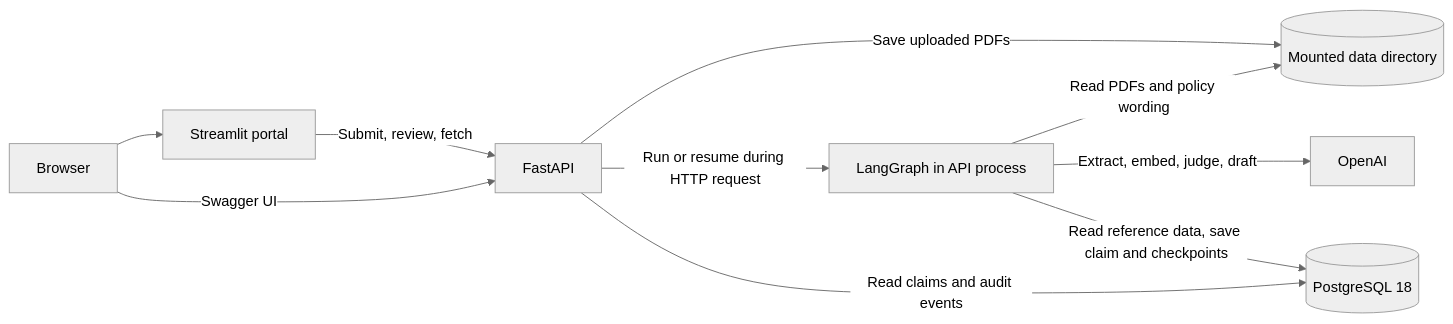
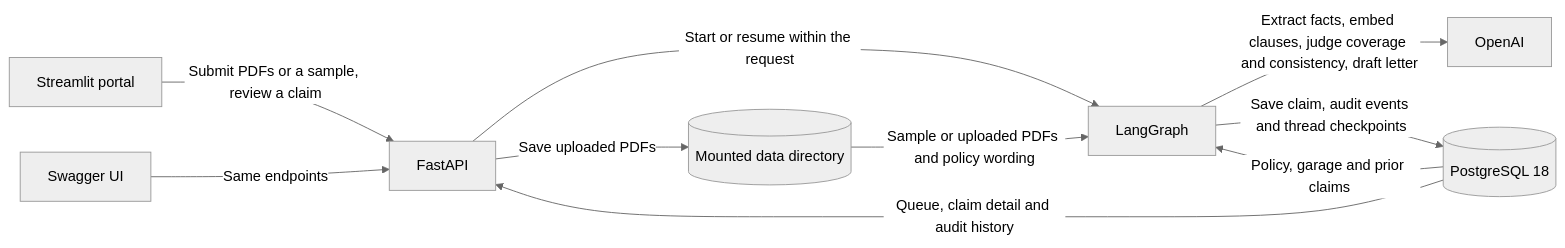
Before and after one commit to MP-30/Claim-Sense: the first of 3 diagrams in Design.md, drawn with Mermaid (neutral theme). The commit also changed other lines of this file, not shown here.

````diff
--- a/Design.md
+++ b/Design.md
@@ -7,12 +7,12 @@
 ```mermaid
 flowchart LR
-    Browser[Browser] --> Portal[Streamlit portal]
-    Portal -->|Submit, review, fetch| API[FastAPI]
-    Browser -->|Swagger UI| API
-    API -->|Save uploaded PDFs| Files[(Mounted data directory)]
-    API -->|Run or resume during HTTP request| Graph[LangGraph in API process]
-    Graph -->|Read PDFs and policy wording| Files
-    Graph -->|Extract, embed, judge, draft| Model[OpenAI]
-    Graph -->|Read reference data, save claim and checkpoints| DB[(PostgreSQL 18)]
-    API -->|Read claims and audit events| DB
+    Portal["Streamlit portal"] -->|Submit PDFs or a sample, review a claim| API["FastAPI"]
+    Swagger["Swagger UI"] -->|Same endpoints| API
+    API -->|Save uploaded PDFs| Files[("Mounted data directory")]
+    API -->|Start or resume within the request| Graph["LangGraph"]
+    Files -->|Sample or uploaded PDFs and policy wording| Graph
+    Graph -->|Extract facts, embed clauses, judge coverage and consistency, draft letter| Model["OpenAI"]
+    DB[("PostgreSQL 18")] -->|Policy, garage and prior claims| Graph
+    Graph -->|Save claim, audit events and thread checkpoints| DB
+    DB -->|Queue, claim detail and audit history| API
 ```
````
